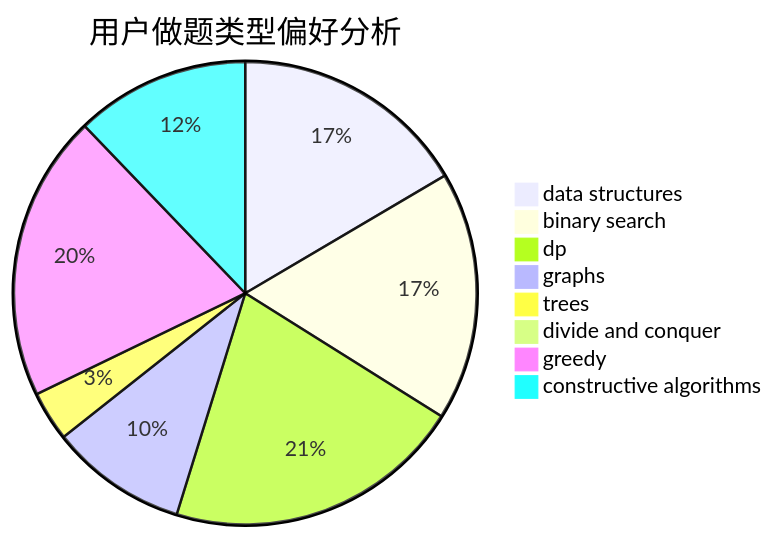
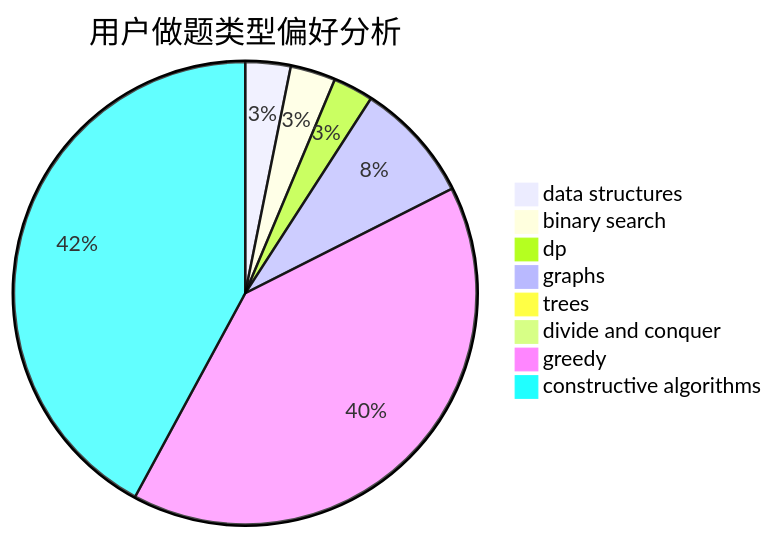
One commit to sherpahu/cfrs.github.io changed the second of 3 diagrams in docs/user/u1561.md. Above: the diagram before and after it, drawn with Mermaid. The commit also changed other lines of this file and 2770 other files, not shown here.

````diff
--- a/docs/user/u1561.md
+++ b/docs/user/u1561.md
@@ -23,11 +23,11 @@
 ```mermaid
 pie title 用户做题类型偏好分析
-    "data structures" :  19
-    "binary search" :  20
-    "dp" :  24
-    "graphs" :  11
-    "trees" :  4
+    "data structures" :  9
+    "binary search" :  9
+    "dp" :  8
+    "graphs" :  24
+    "trees" :  0
     "divide and conquer" :  0
-    "greedy" :  23
-    "constructive algorithms" :  14
+    "greedy" :  115
+    "constructive algorithms" :  120
 ```
````
